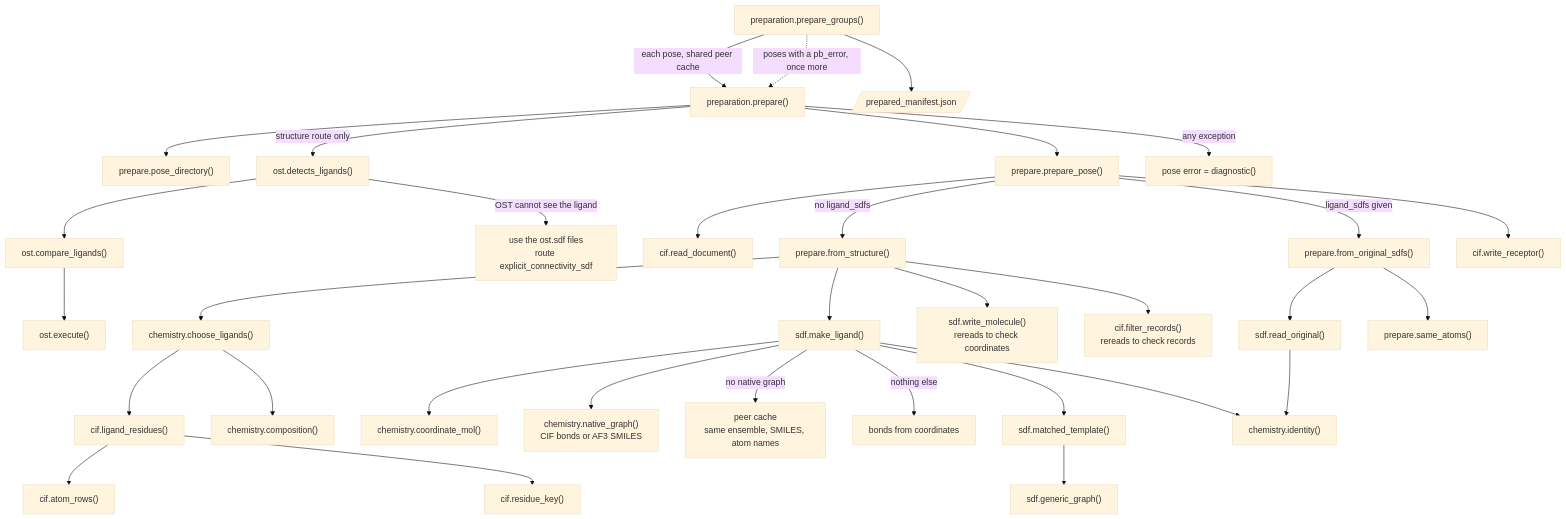
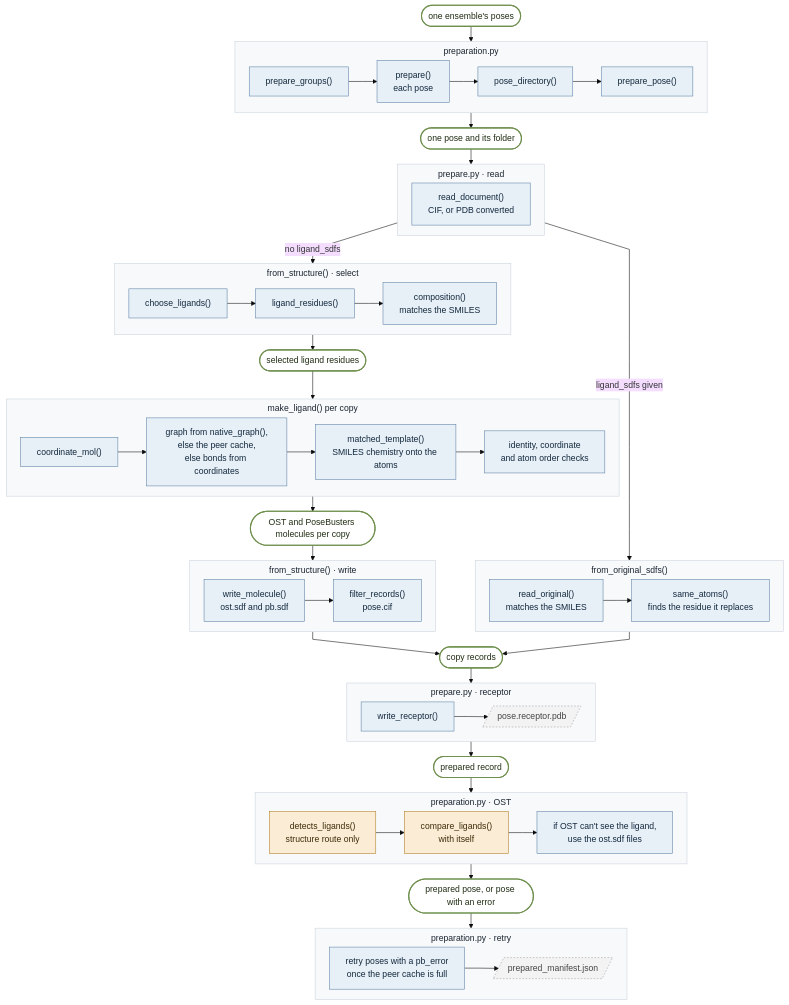
The third of 10 diagrams in docs/code-map.md (James-Broster/core-score), drawn with Mermaid (base theme) before and after one commit. The commit also changed other lines of this file, not shown here.

First line of the commit message:
Redraw the code map as stage ladders

````diff
--- a/docs/code-map.md
+++ b/docs/code-map.md
@@ -135,39 +128,71 @@
 ```mermaid
-flowchart TD
-    pg["preparation.prepare_groups()"] -->|"each pose, shared peer cache"| pr["preparation.prepare()"]
-    pg -.->|"poses with a pb_error, once more"| pr
-    pg --> pm[/"prepared_manifest.json"/]
-    pr --> pd["prepare.pose_directory()"]
-    pr --> pp["prepare.prepare_pose()"]
-    pr -->|"structure route only"| det["ost.detects_ligands()"]
-    det --> cl["ost.compare_ligands()"]
-    cl --> ex["ost.execute()"]
-    det -->|"OST cannot see the ligand"| switch["use the ost.sdf files<br/>route explicit_connectivity_sdf"]
-    pr -->|"any exception"| err["pose error = diagnostic()"]
+%%{init: {"flowchart": {"curve": "linear", "nodeSpacing": 18, "rankSpacing": 28, "subGraphTitleMargin": {"top": 6, "bottom": 10}}}}%%
+flowchart TB
+    classDef fn fill:#e7eff7,stroke:#5b7fa3,color:#13293d
+    classDef ost fill:#fbedd5,stroke:#b07a1e,color:#3d2a08
+    classDef data fill:#ffffff,stroke:#6f8f4e,color:#1f2d12,stroke-width:2px
+    classDef file fill:#f3f3f3,stroke:#9a9a9a,color:#444,stroke-dasharray:3 3
+    classDef stage fill:#f7f9fb,stroke:#c9d2dc,color:#1b2430
 
-    pp --> rd["cif.read_document()"]
-    pp -->|"no ligand_sdfs"| fs["prepare.from_structure()"]
-    pp -->|"ligand_sdfs given"| fo["prepare.from_original_sdfs()"]
-    pp --> wr["cif.write_receptor()"]
+    start(["one ensemble's poses"]):::data
 
-    fs --> cho["chemistry.choose_ligands()"]
-    cho --> lr["cif.ligand_residues()"]
-    lr --> ar["cif.atom_rows()"]
-    lr --> rk["cif.residue_key()"]
-    cho --> comp["chemistry.composition()"]
-    fs --> ml["sdf.make_ligand()"]
-    fs --> wm["sdf.write_molecule()<br/>rereads to check coordinates"]
-    fs --> fr["cif.filter_records()<br/>rereads to check records"]
+    subgraph P1["preparation.py"]
+        direction LR
+        a1["prepare_groups()"]:::fn --> a2["prepare()<br/>each pose"]:::fn --> a3["pose_directory()"]:::fn --> a4["prepare_pose()"]:::fn
+    end
+    d1(["one pose and its folder"]):::data
 
-    ml --> cm["chemistry.coordinate_mol()"]
-    ml --> ng["chemistry.native_graph()<br/>CIF bonds or AF3 SMILES"]
-    ml -->|"no native graph"| cache["peer cache<br/>same ensemble, SMILES, atom names"]
-    ml -->|"nothing else"| conn["bonds from coordinates"]
-    ml --> mt["sdf.matched_template()"]
-    mt --> gg["sdf.generic_graph()"]
-    ml --> idn["chemistry.identity()"]
+    subgraph P2["prepare.py · read"]
+        direction LR
+        b1["read_document()<br/>CIF, or PDB converted"]:::fn
+    end
 
-    fo --> ro["sdf.read_original()"]
-    ro --> idn
-    fo --> sa["prepare.same_atoms()"]
+    subgraph P3["from_structure() · select"]
+        direction LR
+        c1["choose_ligands()"]:::fn --> c2["ligand_residues()"]:::fn --> c3["composition()<br/>matches the SMILES"]:::fn
+    end
+    d3(["selected ligand residues"]):::data
+
+    subgraph P4["make_ligand() per copy"]
+        direction LR
+        m1["coordinate_mol()"]:::fn --> m2["graph from native_graph(),<br/>else the peer cache,<br/>else bonds from coordinates"]:::fn --> m3["matched_template()<br/>SMILES chemistry onto the atoms"]:::fn --> m4["identity, coordinate<br/>and atom order checks"]:::fn
+    end
+    d4(["OST and PoseBusters molecules per copy"]):::data
+
+    subgraph P5["from_structure() · write"]
+        direction LR
+        w1["write_molecule()<br/>ost.sdf and pb.sdf"]:::fn --> w2["filter_records()<br/>pose.cif"]:::fn
+    end
+
+    subgraph P6["from_original_sdfs()"]
+        direction LR
+        o1["read_original()<br/>matches the SMILES"]:::fn --> o2["same_atoms()<br/>finds the residue it replaces"]:::fn
+    end
+    d5(["copy records"]):::data
+
+    subgraph P7["prepare.py · receptor"]
+        direction LR
+        r1["write_receptor()"]:::fn --> r2[/"pose.receptor.pdb"/]:::file
+    end
+    d6(["prepared record"]):::data
+
+    subgraph P8["preparation.py · OST"]
+        direction LR
+        t1["detects_ligands()<br/>structure route only"]:::ost --> t2["compare_ligands()<br/>with itself"]:::ost --> t3["if OST can't see the ligand,<br/>use the ost.sdf files"]:::fn
+    end
+    d7(["prepared pose, or pose with an error"]):::data
+
+    subgraph P9["preparation.py · retry"]
+        direction LR
+        f1["retry poses with a pb_error<br/>once the peer cache is full"]:::fn --> f2[/"prepared_manifest.json"/]:::file
+    end
+
+    start --> P1 --> d1 --> P2
+    P2 -->|"no ligand_sdfs"| P3
+    P2 -->|"ligand_sdfs given"| P6
+    P3 --> d3 --> P4 --> d4 --> P5 --> d5
+    P6 --> d5
+    d5 --> P7 --> d6 --> P8 --> d7 --> P9
+
+    class P1,P2,P3,P4,P5,P6,P7,P8,P9 stage
 ```
````
